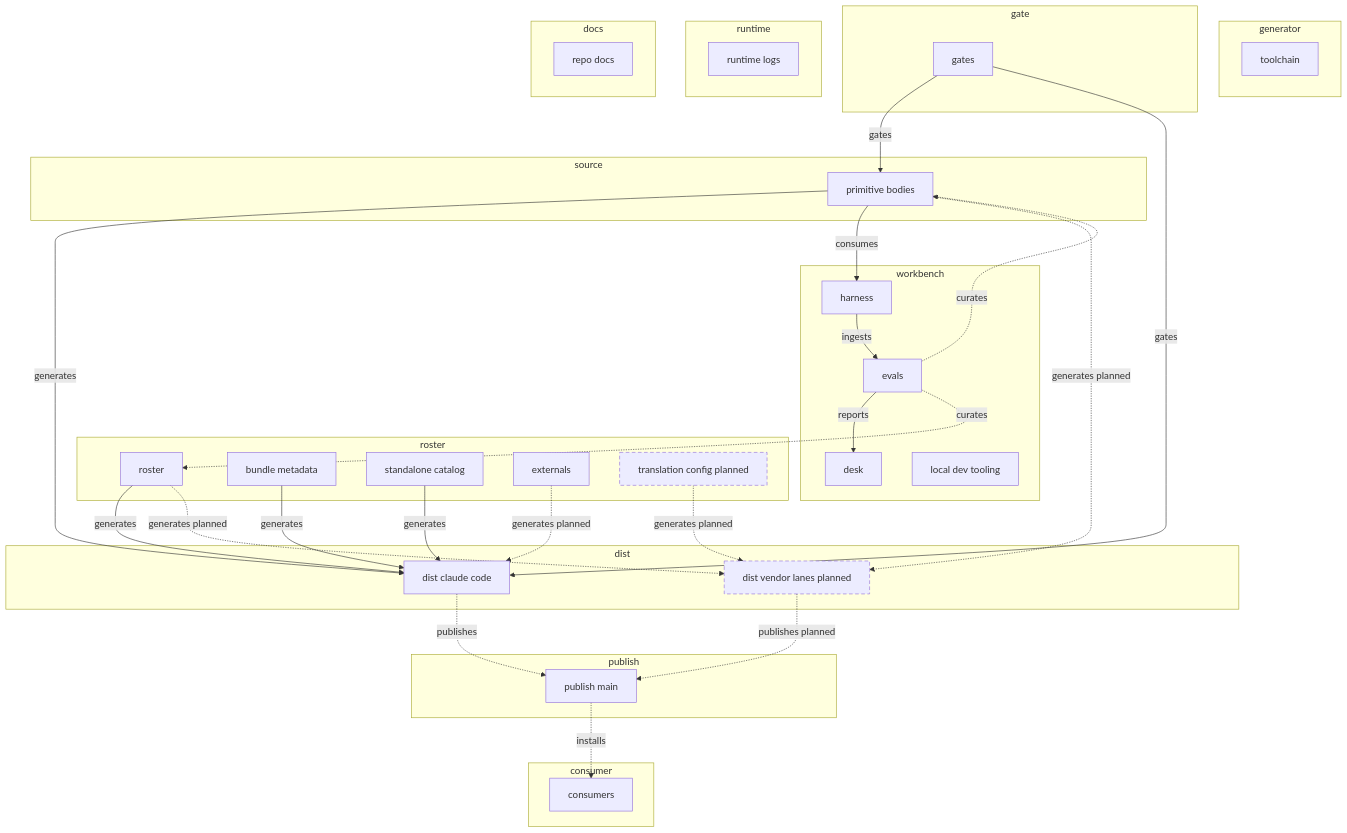
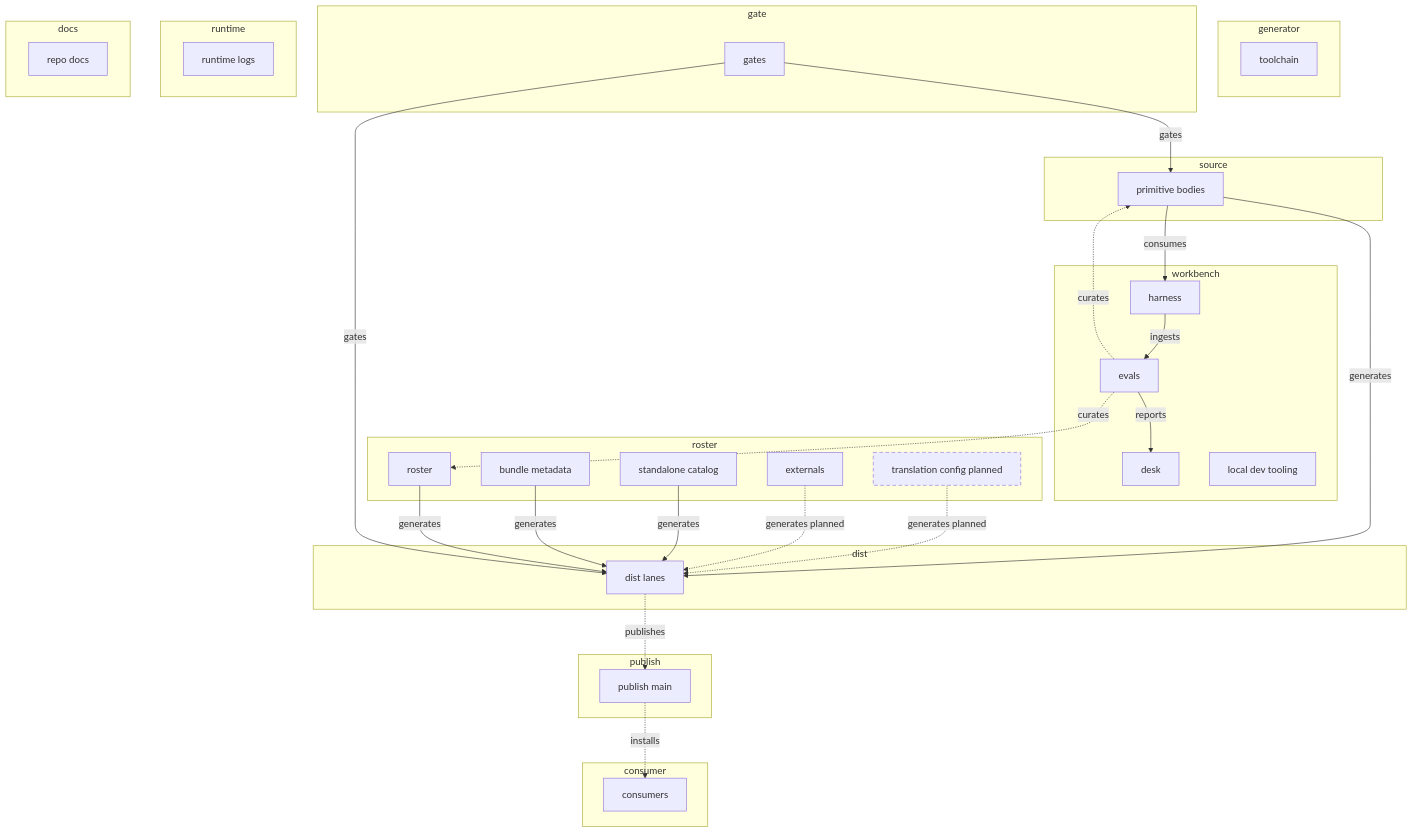
One commit to hsb3/dotfiles-agents changed the diagram in docs/FLOW.md. Above: the diagram before and after it, drawn with Mermaid. The commit also changed other lines of this file and 334 other files, not shown here.

First line of the commit message:
refactor(dist): relocate the claude-code marketplace lane to dist/claude-code — ADR 0008 W3

````diff
--- a/docs/FLOW.md
+++ b/docs/FLOW.md
@@ -30,61 +30,57 @@
 ```mermaid
 flowchart TD
   subgraph L_roster[roster]
     N_roster[roster]
     N_bundle_metadata[bundle metadata]
     N_standalone_catalog[standalone catalog]
     N_externals[externals]
     N_translation_config[translation config planned]
   end
   subgraph L_source[source]
     N_primitive_bodies[primitive bodies]
   end
   subgraph L_generator[generator]
     N_toolchain[toolchain]
   end
   subgraph L_gate[gate]
     N_gates[gates]
   end
   subgraph L_dist[dist]
-    N_dist_claude_code[dist claude code]
-    N_dist_vendor_lanes[dist vendor lanes planned]
+    N_dist_lanes[dist lanes]
   end
   subgraph L_publish[publish]
     N_publish_main[publish main]
   end
   subgraph L_consumer[consumer]
     N_consumers[consumers]
   end
   subgraph L_workbench[workbench]
     N_desk[desk]
     N_harness[harness]
     N_evals[evals]
     N_local_dev_tooling[local dev tooling]
   end
   subgraph L_runtime[runtime]
     N_runtime_logs[runtime logs]
   end
   subgraph L_docs[docs]
     N_repo_docs[repo docs]
   end
-  N_roster -->|generates| N_dist_claude_code
-  N_primitive_bodies -->|generates| N_dist_claude_code
-  N_bundle_metadata -->|generates| N_dist_claude_code
-  N_standalone_catalog -->|generates| N_dist_claude_code
+  N_roster -->|generates| N_dist_lanes
+  N_primitive_bodies -->|generates| N_dist_lanes
+  N_bundle_metadata -->|generates| N_dist_lanes
+  N_standalone_catalog -->|generates| N_dist_lanes
   N_gates -->|gates| N_primitive_bodies
-  N_gates -->|gates| N_dist_claude_code
+  N_gates -->|gates| N_dist_lanes
   N_primitive_bodies -->|consumes| N_harness
   N_harness -->|ingests| N_evals
   N_evals -->|reports| N_desk
-  N_dist_claude_code -.->|publishes| N_publish_main
+  N_dist_lanes -.->|publishes| N_publish_main
   N_publish_main -.->|installs| N_consumers
   N_evals -.->|curates| N_roster
   N_evals -.->|curates| N_primitive_bodies
-  N_externals -.->|generates planned| N_dist_claude_code
-  N_roster -.->|generates planned| N_dist_vendor_lanes
-  N_primitive_bodies -.->|generates planned| N_dist_vendor_lanes
-  N_translation_config -.->|generates planned| N_dist_vendor_lanes
-  N_dist_vendor_lanes -.->|publishes planned| N_publish_main
+  N_externals -.->|generates planned| N_dist_lanes
+  N_translation_config -.->|generates planned| N_dist_lanes
   classDef planned stroke-dasharray: 6 4
-  class N_dist_vendor_lanes,N_translation_config planned
+  class N_translation_config planned
 ```
````
